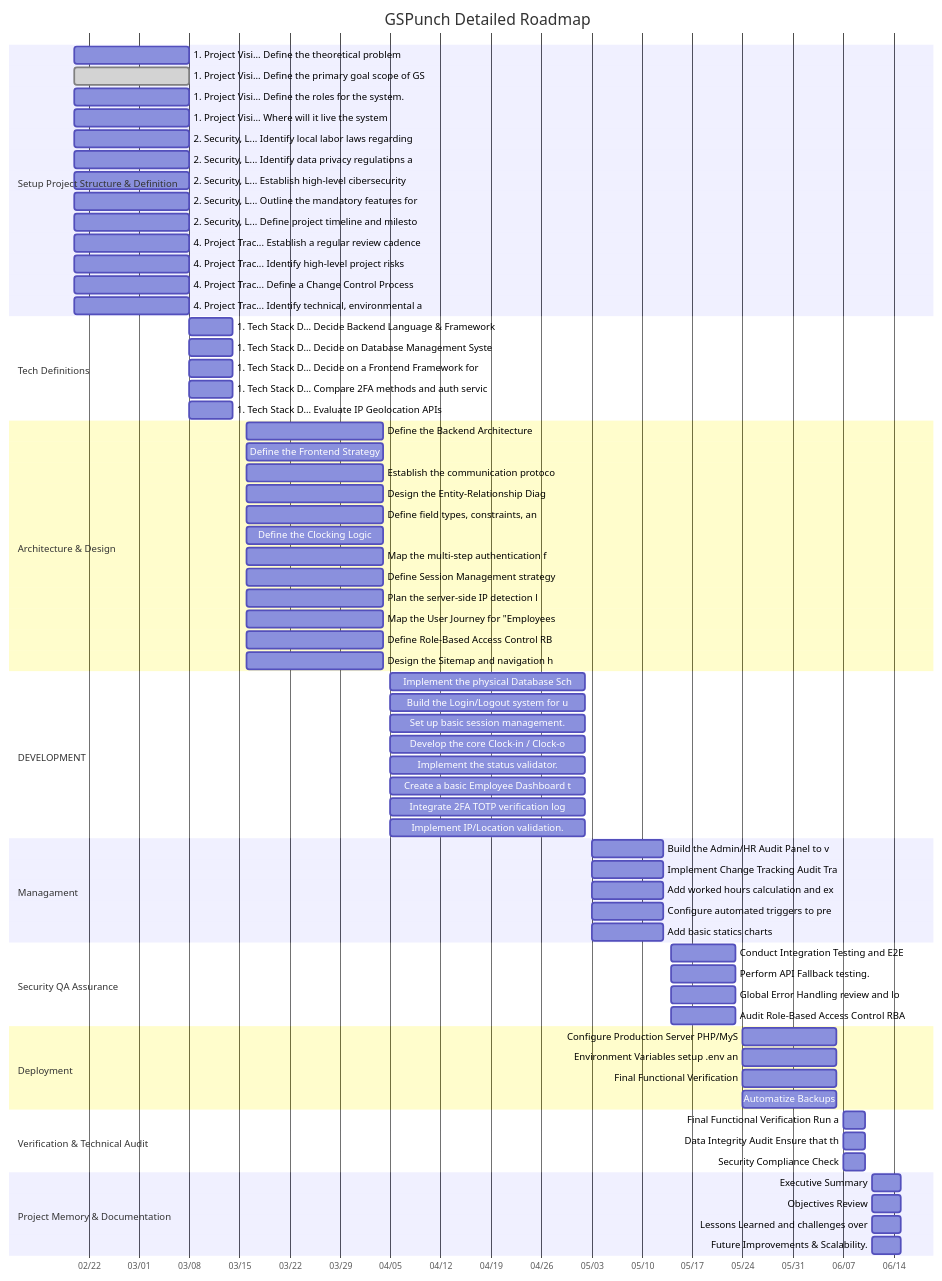
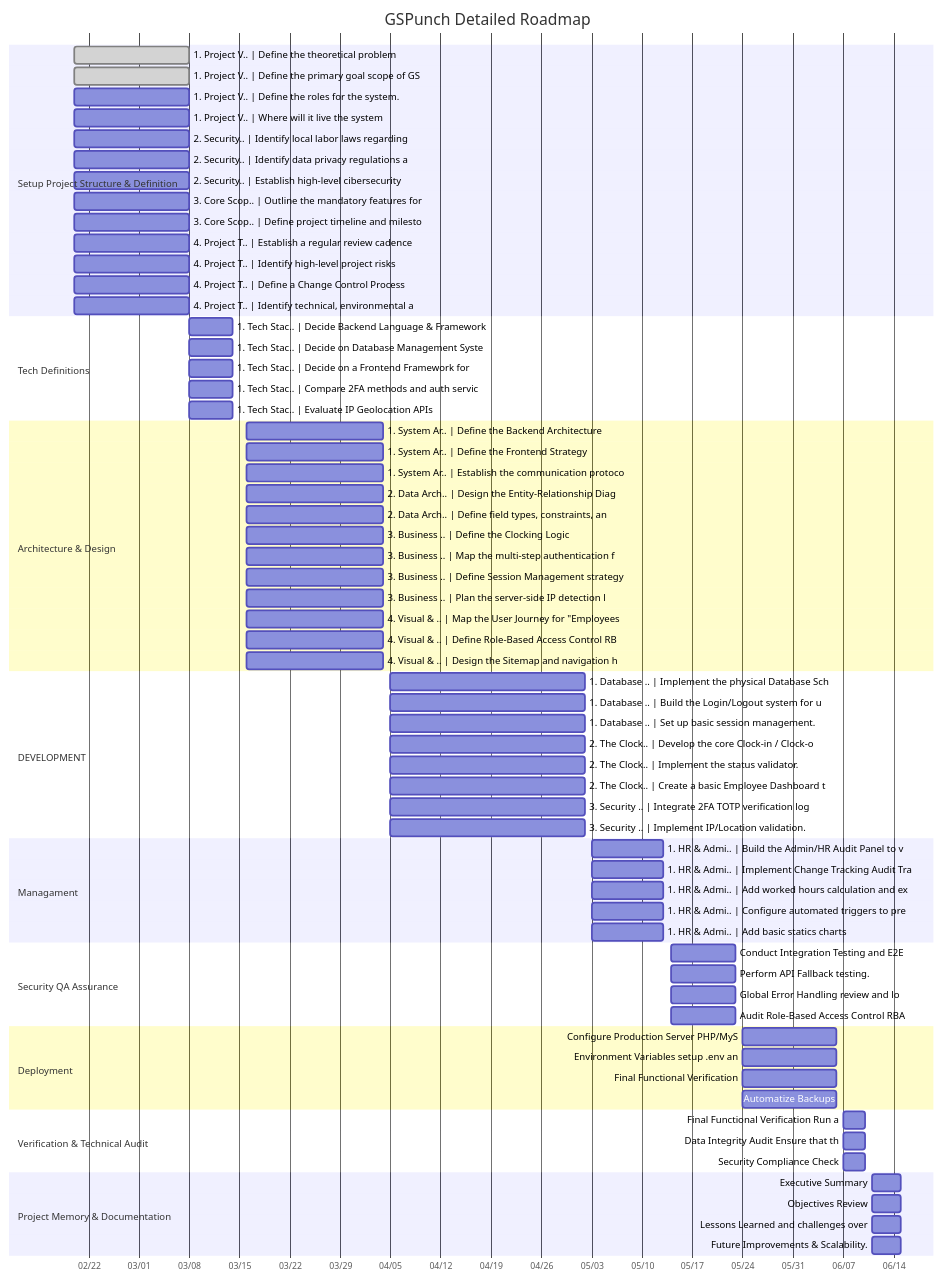
One commit to jejomoca/GSPunch changed the diagram in README.md. Above: the diagram before and after it, drawn with Mermaid.

Commit message:
roadmap sync: 22:33

````diff
--- a/README.md
+++ b/README.md
@@ -3,73 +3,73 @@
 ```mermaid
 gantt
     title GSPunch Detailed Roadmap
     dateFormat YYYY-MM-DD
     axisFormat %m/%d
     section Setup Project Structure & Definition
-    1. Project Visi... Define the theoretical problem : 2026-02-20, 2026-03-08
-    1. Project Visi... Define the primary goal scope of GS : done, 2026-02-20, 2026-03-08
-    1. Project Visi... Define the roles for the system. : 2026-02-20, 2026-03-08
-    1. Project Visi... Where will it live the system : 2026-02-20, 2026-03-08
-    2.  Security, L... Identify local labor laws regarding : 2026-02-20, 2026-03-08
-    2.  Security, L... Identify data privacy regulations a : 2026-02-20, 2026-03-08
-    2.  Security, L... Establish high-level cibersecurity  : 2026-02-20, 2026-03-08
-    2.  Security, L... Outline the mandatory features for  : 2026-02-20, 2026-03-08
-    2.  Security, L... Define project timeline and milesto : 2026-02-20, 2026-03-08
-    4. Project Trac... Establish a regular review cadence : 2026-02-20, 2026-03-08
-    4. Project Trac... Identify high-level project risks : 2026-02-20, 2026-03-08
-    4. Project Trac... Define a Change Control Process : 2026-02-20, 2026-03-08
-    4. Project Trac... Identify technical, environmental a : 2026-02-20, 2026-03-08
+    1. Project V.. | Define the theoretical problem : done, 2026-02-20, 2026-03-08
+    1. Project V.. | Define the primary goal scope of GS : done, 2026-02-20, 2026-03-08
+    1. Project V.. | Define the roles for the system. : 2026-02-20, 2026-03-08
+    1. Project V.. | Where will it live the system : 2026-02-20, 2026-03-08
+    2.  Security.. | Identify local labor laws regarding : 2026-02-20, 2026-03-08
+    2.  Security.. | Identify data privacy regulations a : 2026-02-20, 2026-03-08
+    2.  Security.. | Establish high-level cibersecurity  : 2026-02-20, 2026-03-08
+    3. Core Scop.. | Outline the mandatory features for  : 2026-02-20, 2026-03-08
+    3. Core Scop.. | Define project timeline and milesto : 2026-02-20, 2026-03-08
+    4. Project T.. | Establish a regular review cadence : 2026-02-20, 2026-03-08
+    4. Project T.. | Identify high-level project risks : 2026-02-20, 2026-03-08
+    4. Project T.. | Define a Change Control Process : 2026-02-20, 2026-03-08
+    4. Project T.. | Identify technical, environmental a : 2026-02-20, 2026-03-08
     section Tech Definitions
-    1. Tech Stack D... Decide Backend Language & Framework : 2026-03-08, 2026-03-14
-    1. Tech Stack D... Decide on Database Management Syste : 2026-03-08, 2026-03-14
-    1. Tech Stack D... Decide on a Frontend Framework for  : 2026-03-08, 2026-03-14
-    1. Tech Stack D... Compare 2FA methods and auth servic : 2026-03-08, 2026-03-14
-    1. Tech Stack D... Evaluate IP Geolocation APIs : 2026-03-08, 2026-03-14
+    1. Tech Stac.. | Decide Backend Language & Framework : 2026-03-08, 2026-03-14
+    1. Tech Stac.. | Decide on Database Management Syste : 2026-03-08, 2026-03-14
+    1. Tech Stac.. | Decide on a Frontend Framework for  : 2026-03-08, 2026-03-14
+    1. Tech Stac.. | Compare 2FA methods and auth servic : 2026-03-08, 2026-03-14
+    1. Tech Stac.. | Evaluate IP Geolocation APIs : 2026-03-08, 2026-03-14
     section Architecture & Design
-    Define the Backend Architecture : 2026-03-16, 2026-04-04
-    Define the Frontend Strategy : 2026-03-16, 2026-04-04
-    Establish the communication protoco : 2026-03-16, 2026-04-04
-    Design the Entity-Relationship Diag : 2026-03-16, 2026-04-04
-    Define field types, constraints, an : 2026-03-16, 2026-04-04
-    Define the Clocking Logic : 2026-03-16, 2026-04-04
-    Map the multi-step authentication f : 2026-03-16, 2026-04-04
-    Define Session Management strategy  : 2026-03-16, 2026-04-04
-    Plan the server-side IP detection l : 2026-03-16, 2026-04-04
-    Map the User Journey for "Employees : 2026-03-16, 2026-04-04
-    Define Role-Based Access Control RB : 2026-03-16, 2026-04-04
-    Design the Sitemap and navigation h : 2026-03-16, 2026-04-04
+    1. System Ar.. | Define the Backend Architecture : 2026-03-16, 2026-04-04
+    1. System Ar.. | Define the Frontend Strategy : 2026-03-16, 2026-04-04
+    1. System Ar.. | Establish the communication protoco : 2026-03-16, 2026-04-04
+    2. Data Arch.. | Design the Entity-Relationship Diag : 2026-03-16, 2026-04-04
+    2. Data Arch.. | Define field types, constraints, an : 2026-03-16, 2026-04-04
+    3. Business .. | Define the Clocking Logic : 2026-03-16, 2026-04-04
+    3. Business .. | Map the multi-step authentication f : 2026-03-16, 2026-04-04
+    3. Business .. | Define Session Management strategy  : 2026-03-16, 2026-04-04
+    3. Business .. | Plan the server-side IP detection l : 2026-03-16, 2026-04-04
+    4. Visual & .. | Map the User Journey for "Employees : 2026-03-16, 2026-04-04
+    4. Visual & .. | Define Role-Based Access Control RB : 2026-03-16, 2026-04-04
+    4. Visual & .. | Design the Sitemap and navigation h : 2026-03-16, 2026-04-04
     section DEVELOPMENT
-    Implement the physical Database Sch : 2026-04-05, 2026-05-02
-    Build the Login/Logout system for u : 2026-04-05, 2026-05-02
-    Set up basic session management. : 2026-04-05, 2026-05-02
-    Develop the core Clock-in / Clock-o : 2026-04-05, 2026-05-02
-    Implement the status validator. : 2026-04-05, 2026-05-02
-    Create a basic Employee Dashboard t : 2026-04-05, 2026-05-02
-    Integrate 2FA TOTP verification log : 2026-04-05, 2026-05-02
-    Implement IP/Location validation. : 2026-04-05, 2026-05-02
+    1. Database .. | Implement the physical Database Sch : 2026-04-05, 2026-05-02
+    1. Database .. | Build the Login/Logout system for u : 2026-04-05, 2026-05-02
+    1. Database .. | Set up basic session management. : 2026-04-05, 2026-05-02
+    2. The Clock.. | Develop the core Clock-in / Clock-o : 2026-04-05, 2026-05-02
+    2. The Clock.. | Implement the status validator. : 2026-04-05, 2026-05-02
+    2. The Clock.. | Create a basic Employee Dashboard t : 2026-04-05, 2026-05-02
+    3. Security .. | Integrate 2FA TOTP verification log : 2026-04-05, 2026-05-02
+    3. Security .. | Implement IP/Location validation. : 2026-04-05, 2026-05-02
     section Managament
-    Build the Admin/HR Audit Panel to v : 2026-05-03, 2026-05-13
-    Implement Change Tracking Audit Tra : 2026-05-03, 2026-05-13
-    Add worked hours calculation and ex : 2026-05-03, 2026-05-13
-    Configure automated triggers to pre : 2026-05-03, 2026-05-13
-    Add basic statics charts : 2026-05-03, 2026-05-13
+    1. HR & Admi.. | Build the Admin/HR Audit Panel to v : 2026-05-03, 2026-05-13
+    1. HR & Admi.. | Implement Change Tracking Audit Tra : 2026-05-03, 2026-05-13
+    1. HR & Admi.. | Add worked hours calculation and ex : 2026-05-03, 2026-05-13
+    1. HR & Admi.. | Configure automated triggers to pre : 2026-05-03, 2026-05-13
+    1. HR & Admi.. | Add basic statics charts : 2026-05-03, 2026-05-13
     section Security QA Assurance
     Conduct Integration Testing and E2E : 2026-05-14, 2026-05-23
     Perform API Fallback testing. : 2026-05-14, 2026-05-23
     Global Error Handling review and lo : 2026-05-14, 2026-05-23
     Audit Role-Based Access Control RBA : 2026-05-14, 2026-05-23
     section Deployment
     Configure Production Server PHP/MyS : 2026-05-24, 2026-06-06
     Environment Variables setup .env an : 2026-05-24, 2026-06-06
     Final Functional Verification : 2026-05-24, 2026-06-06
     Automatize Backups : 2026-05-24, 2026-06-06
     section Verification & Technical Audit
     Final Functional Verification Run a : 2026-06-07, 2026-06-10
     Data Integrity Audit Ensure that th : 2026-06-07, 2026-06-10
     Security Compliance Check : 2026-06-07, 2026-06-10
     section Project Memory & Documentation
     Executive Summary : 2026-06-11, 2026-06-15
     Objectives Review : 2026-06-11, 2026-06-15
     Lessons Learned and challenges over : 2026-06-11, 2026-06-15
     Future Improvements & Scalability.  : 2026-06-11, 2026-06-15
 ```
````
